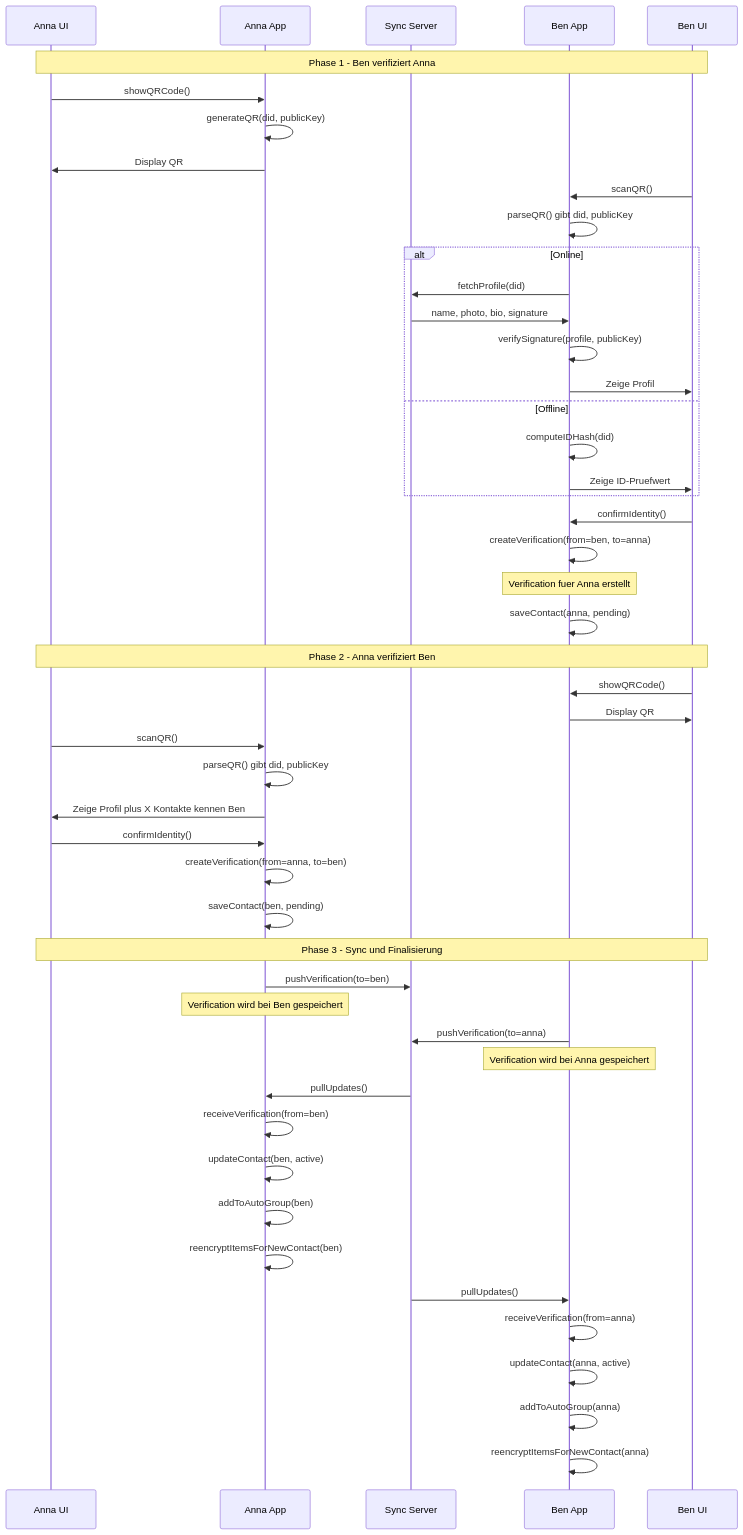
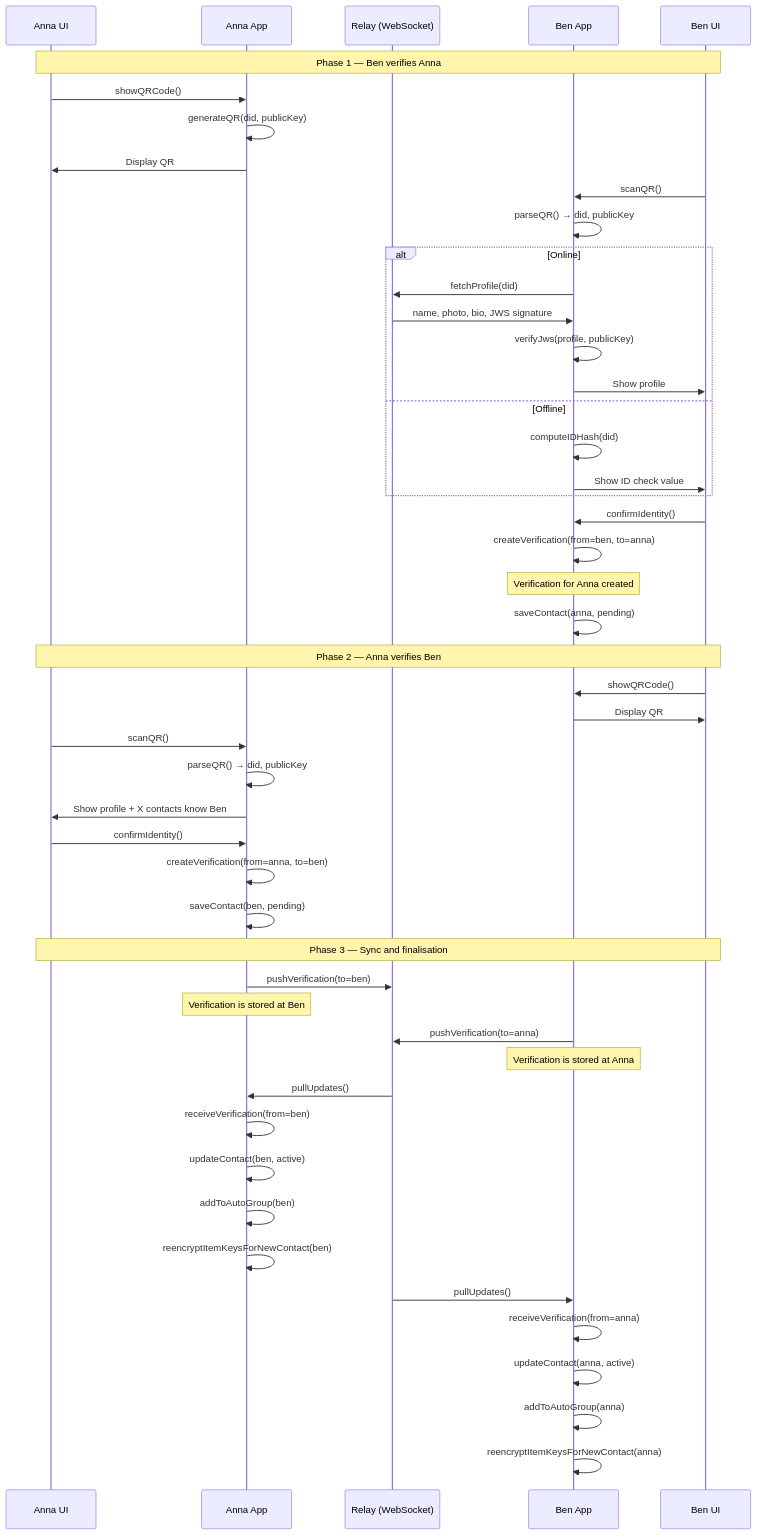
Before and after one commit to IT4Change/web-of-trust: the third of 8 diagrams in docs/flows/02-verification-technical.md, drawn with Mermaid. The commit also changed other lines of this file and 6 other files, not shown here.

````diff
--- a/docs/flows/02-verification-technical.md
+++ b/docs/flows/02-verification-technical.md
@@ -85,65 +87,65 @@
 ```mermaid
 sequenceDiagram
     participant A_UI as Anna UI
     participant A_App as Anna App
-    participant Sync as Sync Server
+    participant Relay as Relay (WebSocket)
     participant B_App as Ben App
     participant B_UI as Ben UI
 
-    Note over A_UI,B_UI: Phase 1 - Ben verifiziert Anna
+    Note over A_UI,B_UI: Phase 1 — Ben verifies Anna
 
     A_UI->>A_App: showQRCode()
     A_App->>A_App: generateQR(did, publicKey)
     A_App->>A_UI: Display QR
 
     B_UI->>B_App: scanQR()
-    B_App->>B_App: parseQR() gibt did, publicKey
+    B_App->>B_App: parseQR() → did, publicKey
 
     alt Online
-        B_App->>Sync: fetchProfile(did)
-        Sync->>B_App: name, photo, bio, signature
-        B_App->>B_App: verifySignature(profile, publicKey)
-        B_App->>B_UI: Zeige Profil
+        B_App->>Relay: fetchProfile(did)
+        Relay->>B_App: name, photo, bio, JWS signature
+        B_App->>B_App: verifyJws(profile, publicKey)
+        B_App->>B_UI: Show profile
     else Offline
         B_App->>B_App: computeIDHash(did)
-        B_App->>B_UI: Zeige ID-Pruefwert
+        B_App->>B_UI: Show ID check value
     end
 
     B_UI->>B_App: confirmIdentity()
 
     B_App->>B_App: createVerification(from=ben, to=anna)
-    Note over B_App: Verification fuer Anna erstellt
+    Note over B_App: Verification for Anna created
     B_App->>B_App: saveContact(anna, pending)
 
-    Note over A_UI,B_UI: Phase 2 - Anna verifiziert Ben
+    Note over A_UI,B_UI: Phase 2 — Anna verifies Ben
 
     B_UI->>B_App: showQRCode()
     B_App->>B_UI: Display QR
 
     A_UI->>A_App: scanQR()
-    A_App->>A_App: parseQR() gibt did, publicKey
-    A_App->>A_UI: Zeige Profil plus X Kontakte kennen Ben
+    A_App->>A_App: parseQR() → did, publicKey
+    A_App->>A_UI: Show profile + X contacts know Ben
 
     A_UI->>A_App: confirmIdentity()
     A_App->>A_App: createVerification(from=anna, to=ben)
     A_App->>A_App: saveContact(ben, pending)
 
-    Note over A_UI,B_UI: Phase 3 - Sync und Finalisierung
+    Note over A_UI,B_UI: Phase 3 — Sync and finalisation
 
-    A_App->>Sync: pushVerification(to=ben)
-    Note over A_App: Verification wird bei Ben gespeichert
-    B_App->>Sync: pushVerification(to=anna)
-    Note over B_App: Verification wird bei Anna gespeichert
+    A_App->>Relay: pushVerification(to=ben)
+    Note over A_App: Verification is stored at Ben
+    B_App->>Relay: pushVerification(to=anna)
+    Note over B_App: Verification is stored at Anna
 
-    Sync->>A_App: pullUpdates()
+    Relay->>A_App: pullUpdates()
     A_App->>A_App: receiveVerification(from=ben)
     A_App->>A_App: updateContact(ben, active)
     A_App->>A_App: addToAutoGroup(ben)
-    A_App->>A_App: reencryptItemsForNewContact(ben)
+    A_App->>A_App: reencryptItemKeysForNewContact(ben)
 
-    Sync->>B_App: pullUpdates()
+    Relay->>B_App: pullUpdates()
     B_App->>B_App: receiveVerification(from=anna)
     B_App->>B_App: updateContact(anna, active)
     B_App->>B_App: addToAutoGroup(anna)
-    B_App->>B_App: reencryptItemsForNewContact(anna)
+    B_App->>B_App: reencryptItemKeysForNewContact(anna)
 ```
````
